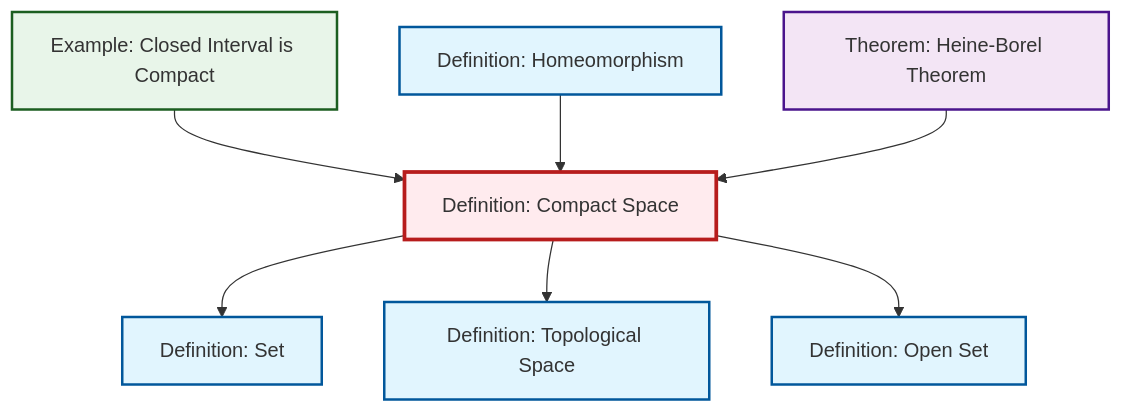
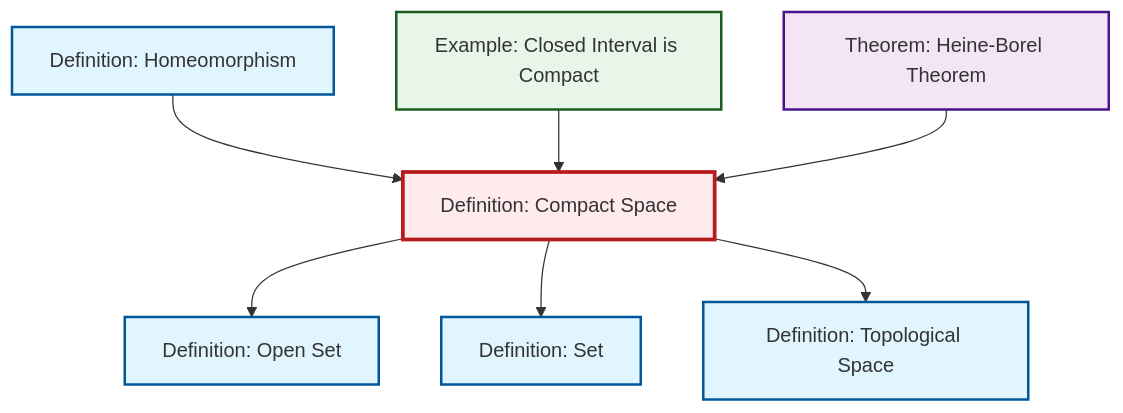
One commit to RK0429/ModernMath changed the diagram in output/mermaid/en/def-compact.mermaid. Above: the diagram before and after it, drawn with Mermaid. The commit also changed 672 other files, not shown here.

```diff
--- a/output/mermaid/en/def-compact.mermaid
+++ b/output/mermaid/en/def-compact.mermaid
@@ -1,21 +1,20 @@
-%%| fig-cap: "Local dependency graph"
 graph TD
     classDef definition fill:#e1f5fe,stroke:#01579b,stroke-width:2px
     classDef theorem fill:#f3e5f5,stroke:#4a148c,stroke-width:2px
     classDef axiom fill:#fff3e0,stroke:#e65100,stroke-width:2px
     classDef example fill:#e8f5e9,stroke:#1b5e20,stroke-width:2px
     classDef current fill:#ffebee,stroke:#b71c1c,stroke-width:3px
+    def-set["Definition: Set"]:::definition
+    def-topological-space["Definition: Topological Space"]:::definition
+    def-compact["Definition: Compact Space"]:::definition
+    def-homeomorphism["Definition: Homeomorphism"]:::definition
+    ex-closed-interval-compact["Example: Closed Interval is Compact"]:::example
+    thm-heine-borel["Theorem: Heine-Borel Theorem"]:::theorem
     def-open-set["Definition: Open Set"]:::definition
-    def-set["Definition: Set"]:::definition
-    def-homeomorphism["Definition: Homeomorphism"]:::definition
-    def-compact["Definition: Compact Space"]:::definition
-    def-topological-space["Definition: Topological Space"]:::definition
-    thm-heine-borel["Theorem: Heine-Borel Theorem"]:::theorem
-    ex-closed-interval-compact["Example: Closed Interval is Compact"]:::example
+    def-compact --> def-open-set
     def-compact --> def-set
+    def-homeomorphism --> def-compact
     ex-closed-interval-compact --> def-compact
-    def-homeomorphism --> def-compact
+    def-compact --> def-topological-space
     thm-heine-borel --> def-compact
-    def-compact --> def-topological-space
-    def-compact --> def-open-set
     class def-compact current
```
